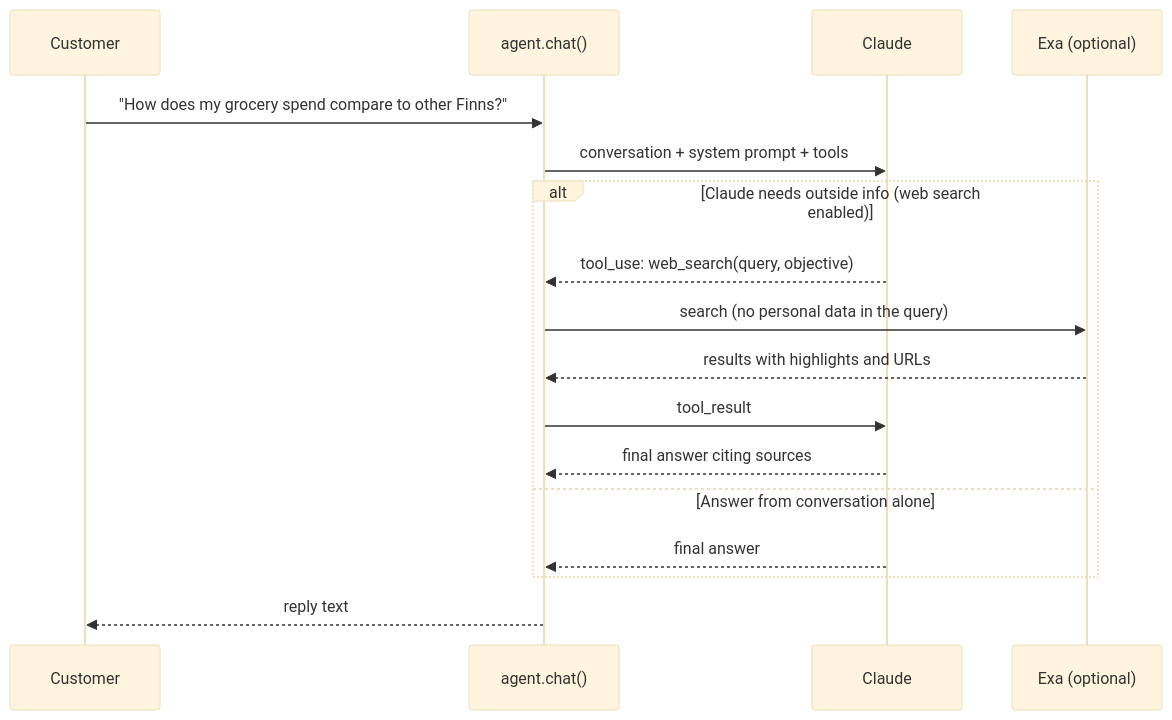
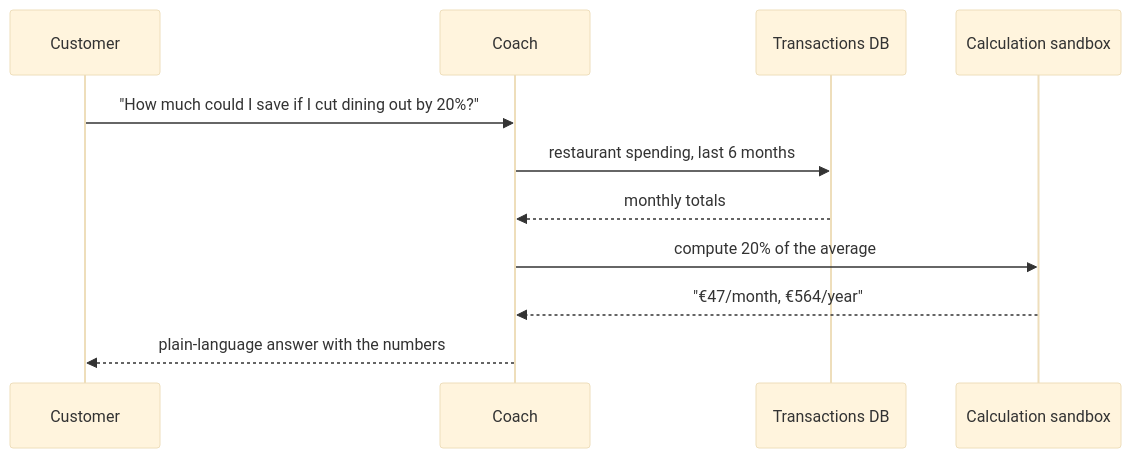
One commit to pinsionparoni/mountain-claude-boys-trek changed the second of 2 diagrams in README.md. Above: the diagram before and after it, drawn with Mermaid (base theme). The commit also changed other lines of this file and 6 other files, not shown here.

````diff
--- a/README.md
+++ b/README.md
@@ -54,20 +42,14 @@
 ```mermaid
 sequenceDiagram
     participant U as Customer
-    participant A as agent.chat()
-    participant C as Claude
-    participant E as Exa (optional)
+    participant A as Coach
+    participant D as Transactions DB
+    participant M as Calculation sandbox
 
-    U->>A: "How does my grocery spend compare to other Finns?"
-    A->>C: conversation + system prompt + tools
-    alt Claude needs outside info (web search enabled)
-        C-->>A: tool_use: web_search(query, objective)
-        A->>E: search (no personal data in the query)
-        E-->>A: results with highlights and URLs
-        A->>C: tool_result
-        C-->>A: final answer citing sources
-    else Answer from conversation alone
-        C-->>A: final answer
-    end
-    A-->>U: reply text
+    U->>A: "How much could I save if I cut dining out by 20%?"
+    A->>D: restaurant spending, last 6 months
+    D-->>A: monthly totals
+    A->>M: compute 20% of the average
+    M-->>A: "€47/month, €564/year"
+    A-->>U: plain-language answer with the numbers
 ```
````
